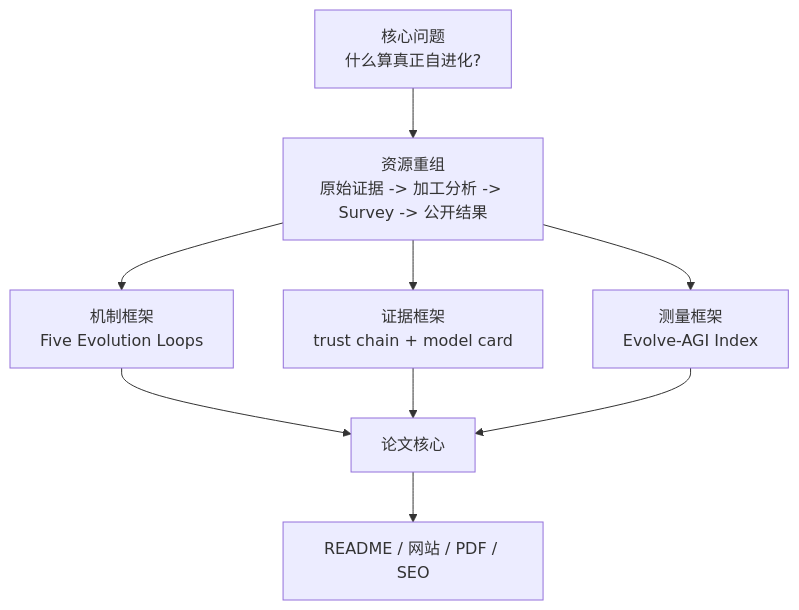
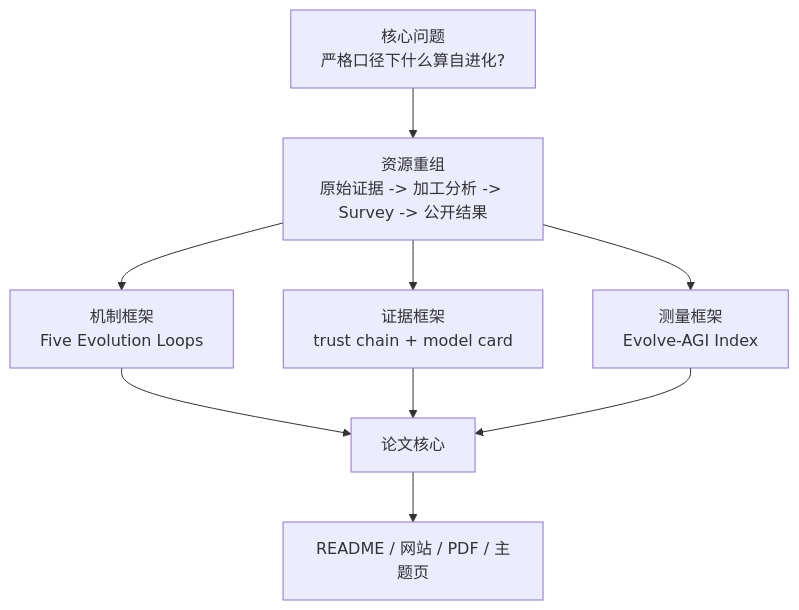
One commit to Shiyao-Huang/awesome-agent-evolution changed the second of 2 diagrams in README.md. Above: the diagram before and after it, drawn with Mermaid. The commit also changed other lines of this file and 42 other files, not shown here.

````diff
--- a/README.md
+++ b/README.md
@@ -112,11 +126,11 @@
 ```mermaid
 flowchart TB
-  Q["核心问题<br/>什么算真正自进化?"] --> A["资源重组<br/>原始证据 -> 加工分析 -> Survey -> 公开结果"]
+  Q["核心问题<br/>严格口径下什么算自进化?"] --> A["资源重组<br/>原始证据 -> 加工分析 -> Survey -> 公开结果"]
   A --> B["机制框架<br/>Five Evolution Loops"]
   A --> C["证据框架<br/>trust chain + model card"]
   A --> D["测量框架<br/>Evolve-AGI Index"]
   B --> P["论文核心"]
   C --> P
   D --> P
-  P --> R["README / 网站 / PDF / SEO"]
+  P --> R["README / 网站 / PDF / 主题页"]
 ```
````
